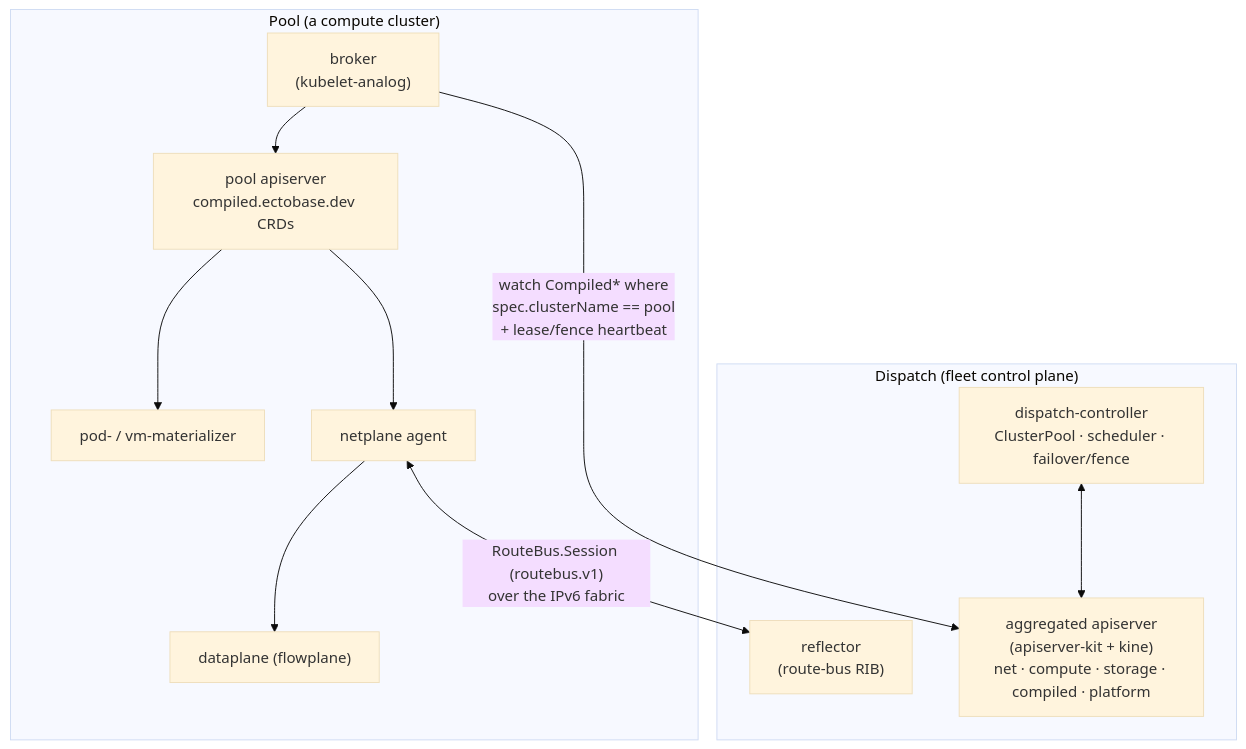
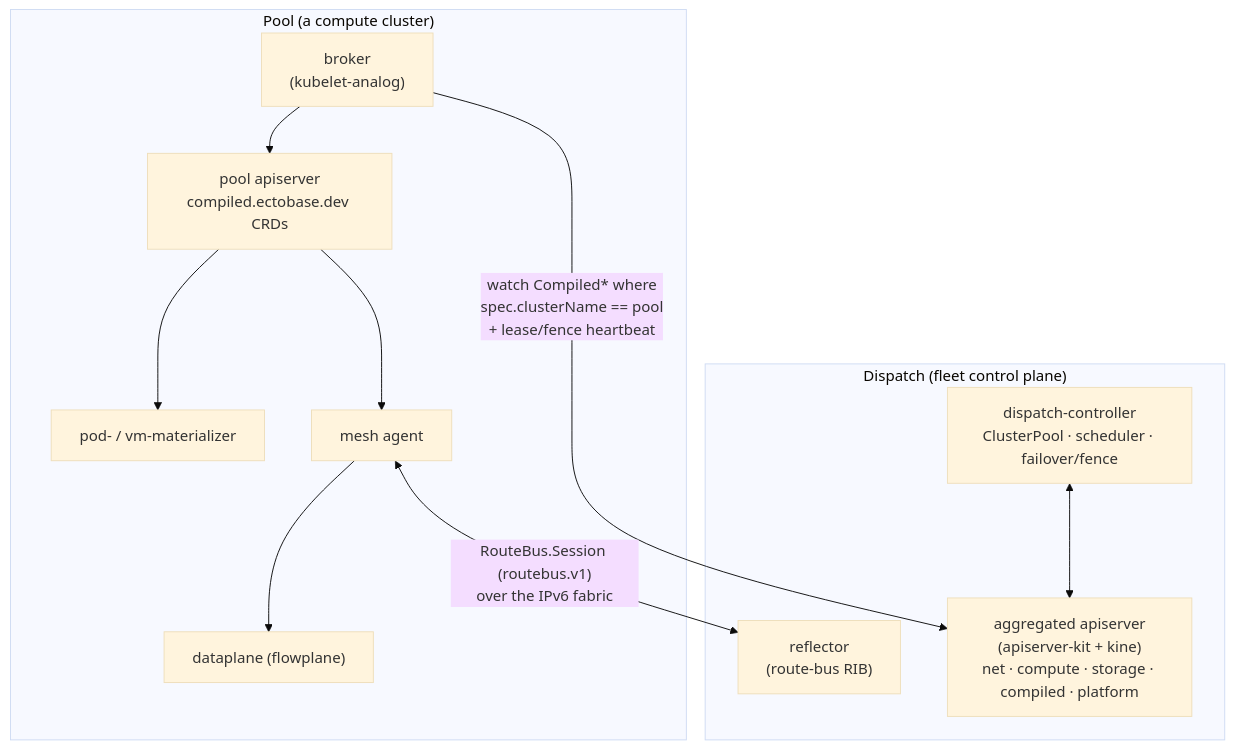
Before and after one commit to trevex/ectobase: the diagram in docs/architecture/multi-cluster-control-plane.md, drawn with Mermaid (base theme). The commit also changed other lines of this file and 197 other files, not shown here.

First line of the commit message:
refactor: rename subproject netplane -> mesh

````diff
--- a/docs/architecture/multi-cluster-control-plane.md
+++ b/docs/architecture/multi-cluster-control-plane.md
@@ -144,24 +144,24 @@
 ```mermaid
 flowchart TB
     subgraph dispatch["Dispatch (fleet control plane)"]
         api["aggregated apiserver<br/>(apiserver-kit + kine)<br/>net · compute · storage · compiled · platform"]
         hc["dispatch-controller<br/>ClusterPool · scheduler · failover/fence"]
         rfl["reflector<br/>(route-bus RIB)"]
         hc <--> api
     end
 
     subgraph pool["Pool (a compute cluster)"]
         brk["broker<br/>(kubelet-analog)"]
         papi["pool apiserver<br/>compiled.ectobase.dev CRDs"]
-        agent["netplane agent"]
+        agent["mesh agent"]
         mat["pod- / vm-materializer"]
         dp["dataplane (flowplane)"]
         brk --> papi
         papi --> mat
         papi --> agent
         agent --> dp
     end
 
     brk -->|"watch Compiled* where<br/>spec.clusterName == pool<br/>+ lease/fence heartbeat"| api
     agent <-->|"RouteBus.Session (routebus.v1)<br/>over the IPv6 fabric"| rfl
 ```
````
